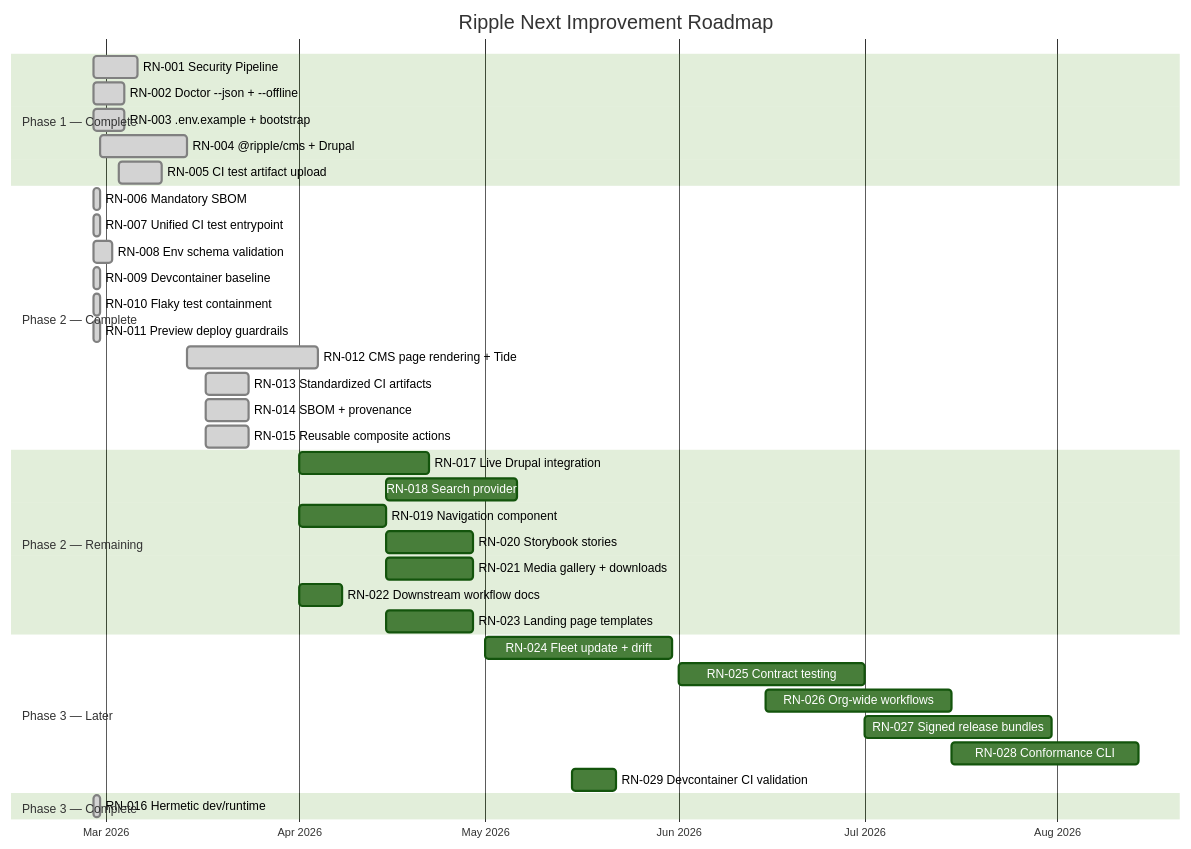
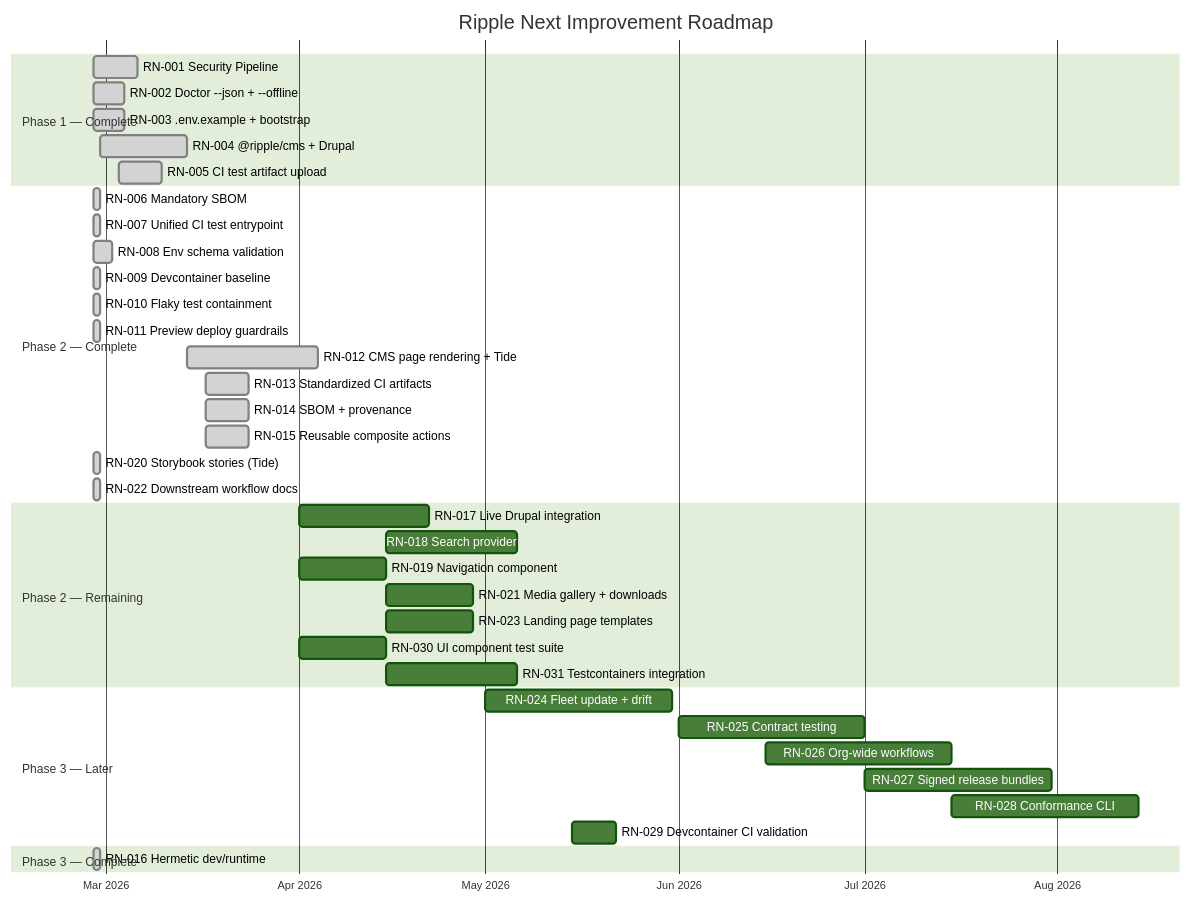
Before and after one commit to jbejenar/ripple-next: the second of 6 diagrams in docs/product-roadmap/README.md, drawn with Mermaid (forest theme). The commit also changed other lines of this file and 15 other files, not shown here.

First line of the commit message:
feat: complete RN-020 (Storybook stories) and RN-022 (downstream workflow docs), update roadmap

````diff
--- a/docs/product-roadmap/README.md
+++ b/docs/product-roadmap/README.md
@@ -322,45 +331,47 @@
 ```mermaid
 gantt
     title Ripple Next Improvement Roadmap
     dateFormat YYYY-MM-DD
     axisFormat %b %Y
 
     section Phase 1 — Complete
     RN-001 Security Pipeline              :done, rn001, 2026-02-27, 7d
     RN-002 Doctor --json + --offline       :done, rn002, 2026-02-27, 5d
     RN-003 .env.example + bootstrap        :done, rn003, 2026-02-27, 5d
     RN-004 @ripple/cms + Drupal            :done, rn004, 2026-02-28, 14d
     RN-005 CI test artifact upload         :done, rn005, 2026-03-03, 7d
 
     section Phase 2 — Complete
     RN-006 Mandatory SBOM                  :done, rn006, 2026-02-27, 1d
     RN-007 Unified CI test entrypoint      :done, rn007, 2026-02-27, 1d
     RN-008 Env schema validation           :done, rn008, 2026-02-27, 3d
     RN-009 Devcontainer baseline           :done, rn009, 2026-02-27, 1d
     RN-010 Flaky test containment          :done, rn010, 2026-02-27, 1d
     RN-011 Preview deploy guardrails       :done, rn011, 2026-02-27, 1d
     RN-012 CMS page rendering + Tide       :done, rn012, 2026-03-14, 21d
     RN-013 Standardized CI artifacts       :done, rn013, 2026-03-17, 7d
     RN-014 SBOM + provenance               :done, rn014, 2026-03-17, 7d
     RN-015 Reusable composite actions      :done, rn015, 2026-03-17, 7d
+    RN-020 Storybook stories (Tide)        :done, rn020, 2026-02-27, 1d
+    RN-022 Downstream workflow docs        :done, rn022, 2026-02-27, 1d
 
     section Phase 2 — Remaining
     RN-017 Live Drupal integration         :rn017, 2026-04-01, 21d
     RN-018 Search provider                 :rn018, 2026-04-15, 21d
     RN-019 Navigation component            :rn019, 2026-04-01, 14d
-    RN-020 Storybook stories               :rn020, 2026-04-15, 14d
     RN-021 Media gallery + downloads       :rn021, 2026-04-15, 14d
-    RN-022 Downstream workflow docs        :rn022, 2026-04-01, 7d
     RN-023 Landing page templates          :rn023, 2026-04-15, 14d
+    RN-030 UI component test suite         :rn030, 2026-04-01, 14d
+    RN-031 Testcontainers integration      :rn031, 2026-04-15, 21d
 
     section Phase 3 — Later
     RN-024 Fleet update + drift            :rn024, 2026-05-01, 30d
     RN-025 Contract testing                :rn025, 2026-06-01, 30d
     RN-026 Org-wide workflows              :rn026, 2026-06-15, 30d
     RN-027 Signed release bundles          :rn027, 2026-07-01, 30d
     RN-028 Conformance CLI                 :rn028, 2026-07-15, 30d
     RN-029 Devcontainer CI validation      :rn029, 2026-05-15, 7d
 
     section Phase 3 — Complete
     RN-016 Hermetic dev/runtime            :done, rn016, 2026-02-27, 1d
 ```
````
